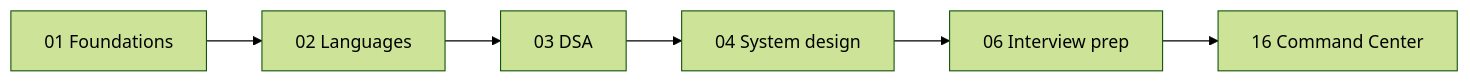
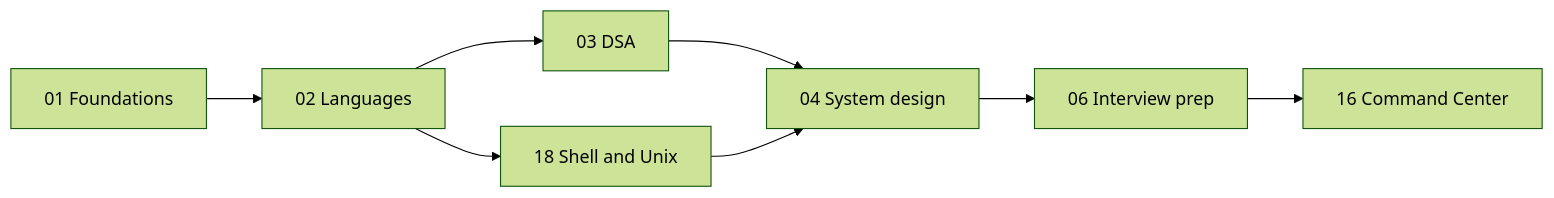
The second of 5 diagrams in 00-Start-Here/Roadmap.md (shreejitverma/SDE-Interview-Prep), drawn with Mermaid (forest theme) before and after one commit. The commit also changed other lines of this file and 239 other files, not shown here.

````diff
--- a/00-Start-Here/Roadmap.md
+++ b/00-Start-Here/Roadmap.md
@@ -51,8 +53,10 @@
 ```mermaid
 flowchart LR
     F["01 Foundations"] --> L["02 Languages"]
     L --> D["03 DSA"]
+    L --> Sh["18 Shell and Unix"]
     D --> S["04 System design"]
+    Sh --> S
     S --> I["06 Interview prep"]
     I --> C["16 Command Center"]
 ```
````
